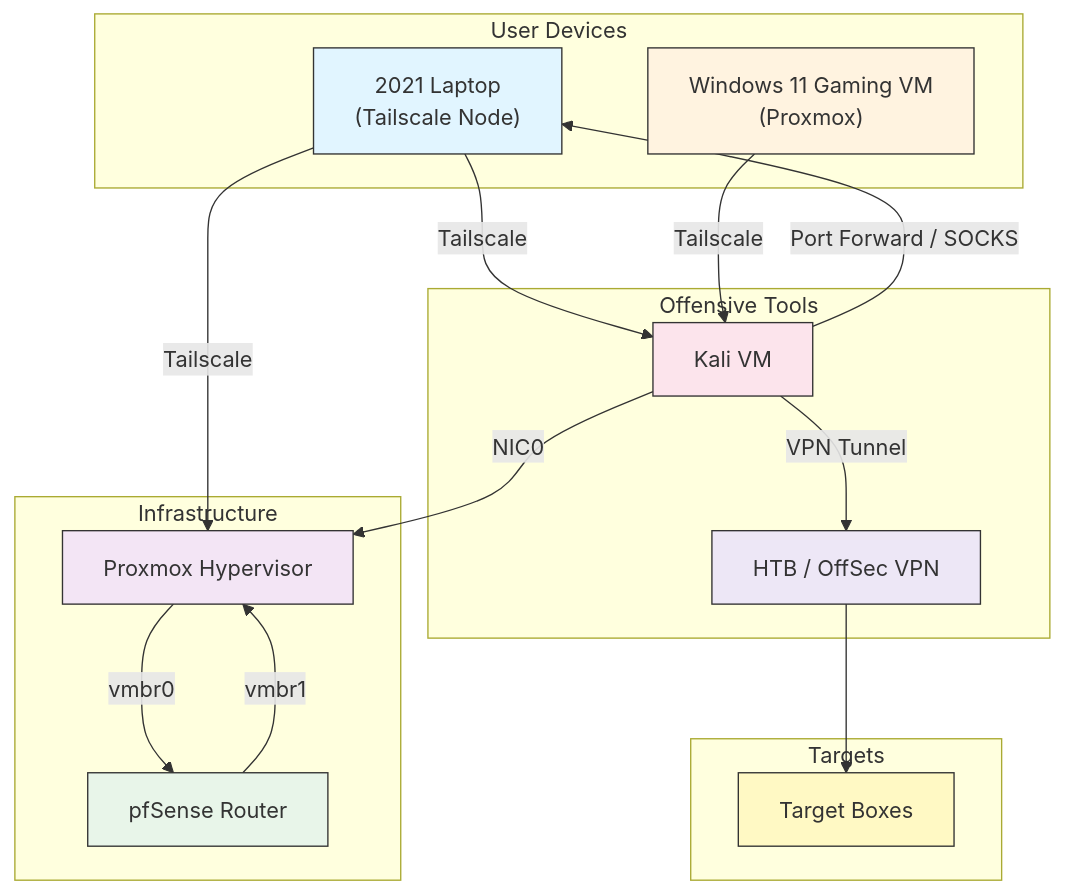
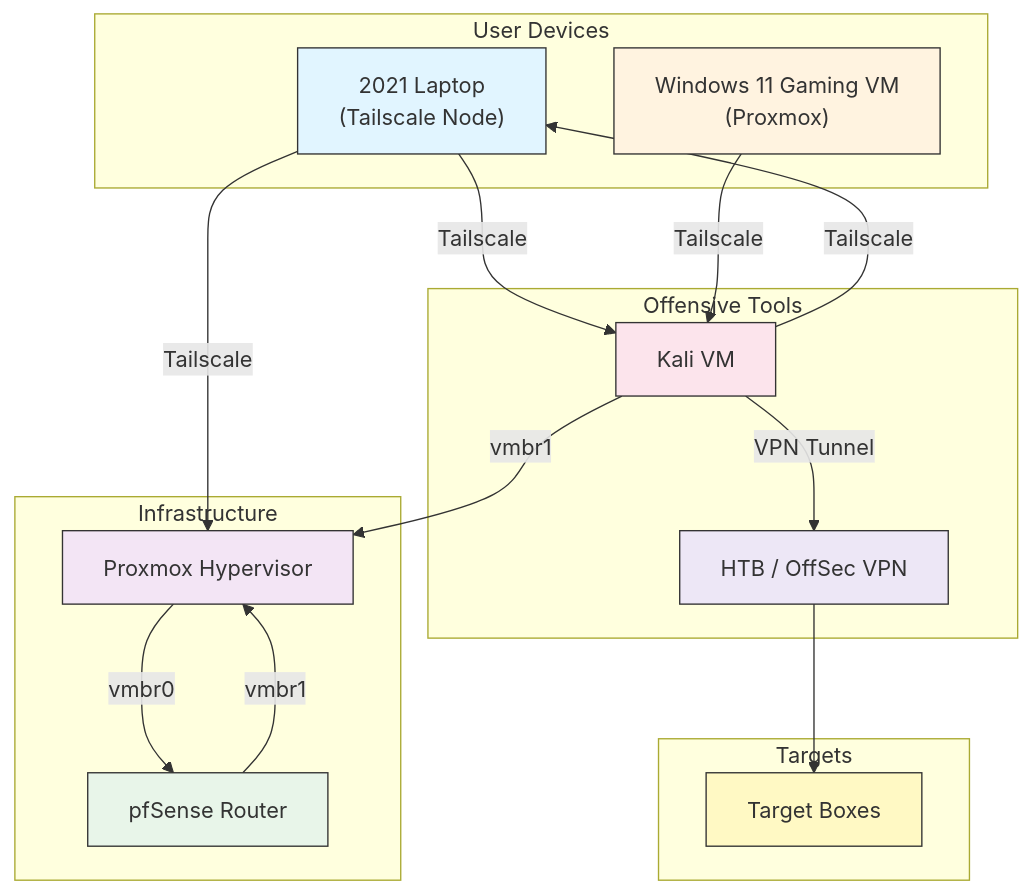
One commit to Surzal-kali/git changed the diagram in Challenges/topology/topology.md. Above: the diagram before and after it, drawn with Mermaid. The commit also changed 1 other file, not shown here.

Commit message:
Update topology diagram: refine connections and remove obsolete PNG file

````diff
--- a/Challenges/topology/topology.md
+++ b/Challenges/topology/topology.md
@@ -1,40 +1,40 @@
 ```mermaid
 flowchart TD
   %% Grouped nodes for clarity
   subgraph "User Devices"
     A["2021 Laptop<br/>(Tailscale Node)"]
     B["Windows 11 Gaming VM<br/>(Proxmox)"]
   end
 
   subgraph "Infrastructure"
     C["Proxmox Hypervisor"]
     D["pfSense Router"]
   end
 
   subgraph "Offensive Tools"
     E["Kali VM"]
     F["HTB / OffSec VPN"]
   end
 
   subgraph "Targets"
     G["Target Boxes"]
   end
 
   A -->|Tailscale| E
   A -->|Tailscale| C
   B -->|Tailscale| E
-  E -->|NIC0| C
+  E -->|vmbr1| C
   C -->|vmbr0| D
   D -->|vmbr1| C
   E -->|VPN Tunnel| F
   F --> G
-  E -->|Port Forward / SOCKS| A
+  E -->|Tailscale| A
 
   style A fill:#e1f5ff,stroke:#333,stroke-width:1px
   style B fill:#fff3e0,stroke:#333,stroke-width:1px
   style C fill:#f3e5f5,stroke:#333,stroke-width:1px
   style D fill:#e8f5e9,stroke:#333,stroke-width:1px
   style E fill:#fce4ec,stroke:#333,stroke-width:1px
   style F fill:#ede7f6,stroke:#333,stroke-width:1px
   style G fill:#fff9c4,stroke:#333,stroke-width:1px
 ```
````
